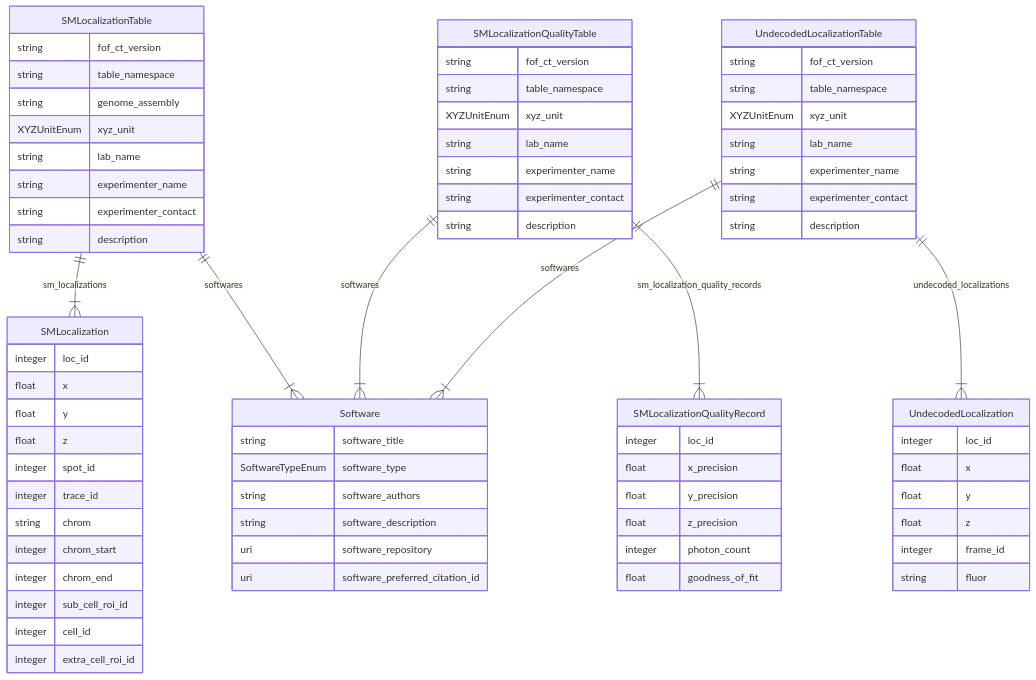
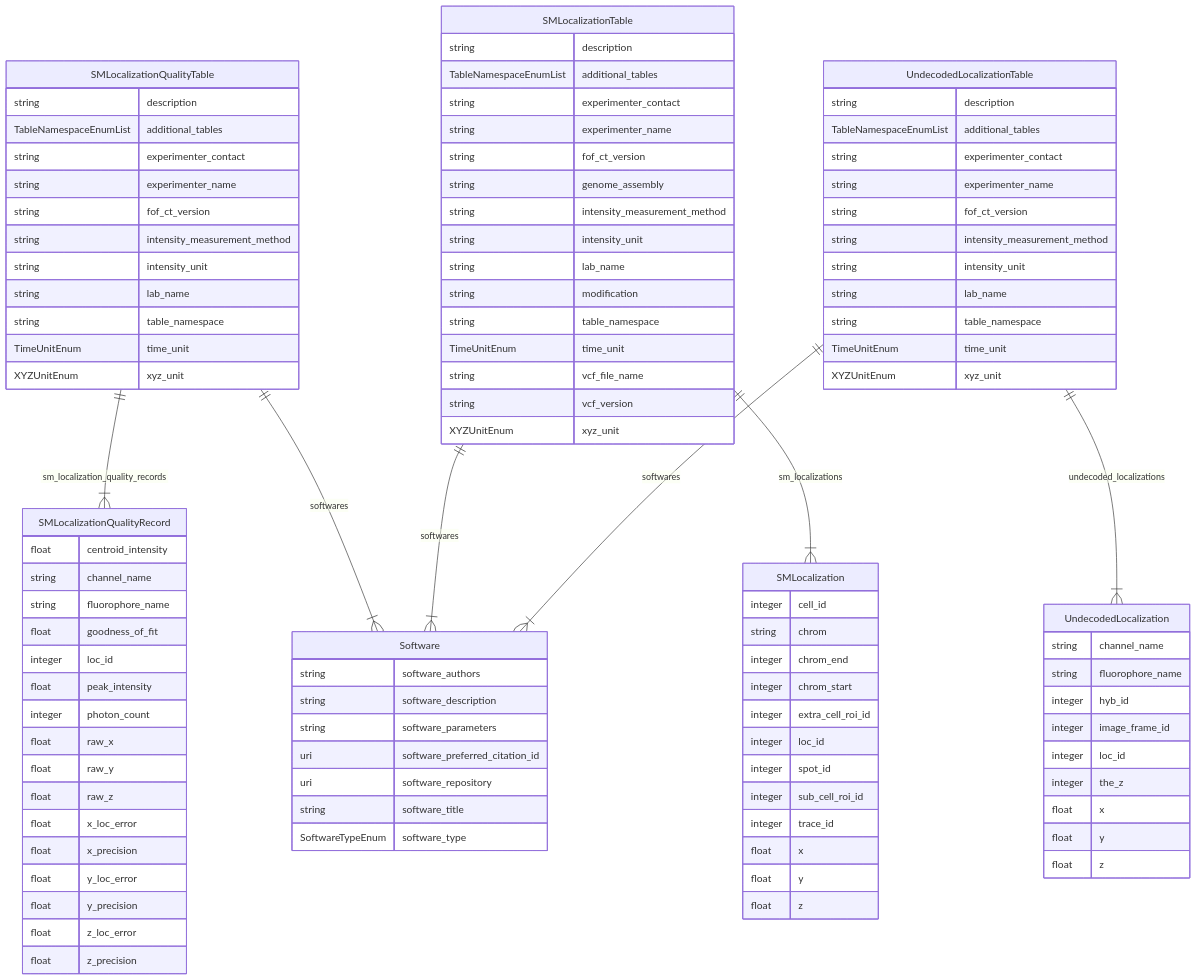
One commit to strambc/fof-ct-linkml changed the second of 2 diagrams in docs/erdiagram.md. Above: the diagram before and after it, drawn with Mermaid. The commit also changed other lines of this file and 187 other files, not shown here.

First line of the commit message:
Align LinkML schema with FOF-CT RTD (review_updates)

````diff
--- a/docs/erdiagram.md
+++ b/docs/erdiagram.md
@@ -152,76 +152,105 @@
 ```mermaid
 erDiagram
 SMLocalization {
+    integer cell_id
+    string chrom
+    integer chrom_end
+    integer chrom_start
+    integer extra_cell_roi_id
     integer loc_id
+    integer spot_id
+    integer sub_cell_roi_id
+    integer trace_id
     float x
     float y
     float z
-    integer spot_id
-    integer trace_id
-    string chrom
-    integer chrom_start
-    integer chrom_end
-    integer sub_cell_roi_id
-    integer cell_id
-    integer extra_cell_roi_id
+}
+SMLocalizationQualityRecord {
+    float centroid_intensity
+    string channel_name
+    string fluorophore_name
+    float goodness_of_fit
+    integer loc_id
+    float peak_intensity
+    integer photon_count
+    float raw_x
+    float raw_y
+    float raw_z
+    float x_loc_error
+    float x_precision
+    float y_loc_error
+    float y_precision
+    float z_loc_error
+    float z_precision
+}
+SMLocalizationQualityTable {
+    string description
+    TableNamespaceEnumList additional_tables
+    string experimenter_contact
+    string experimenter_name
+    string fof_ct_version
+    string intensity_measurement_method
+    string intensity_unit
+    string lab_name
+    string table_namespace
+    TimeUnitEnum time_unit
+    XYZUnitEnum xyz_unit
 }
 SMLocalizationTable {
+    string description
+    TableNamespaceEnumList additional_tables
+    string experimenter_contact
+    string experimenter_name
     string fof_ct_version
+    string genome_assembly
+    string intensity_measurement_method
+    string intensity_unit
+    string lab_name
+    string modification
     string table_namespace
-    string genome_assembly
+    TimeUnitEnum time_unit
+    string vcf_file_name
+    string vcf_version
     XYZUnitEnum xyz_unit
-    string lab_name
-    string experimenter_name
-    string experimenter_contact
-    string description
 }
-SMLocalizationQualityRecord {
-    integer loc_id
-    float x_precision
-    float y_precision
-    float z_precision
-    integer photon_count
-    float goodness_of_fit
-}
-SMLocalizationQualityTable {
-    string fof_ct_version
-    string table_namespace
-    XYZUnitEnum xyz_unit
-    string lab_name
-    string experimenter_name
-    string experimenter_contact
-    string description
+Software {
+    string software_authors
+    string software_description
+    string software_parameters
+    uri software_preferred_citation_id
+    uri software_repository
+    string software_title
+    SoftwareTypeEnum software_type
 }
 UndecodedLocalization {
+    string channel_name
+    string fluorophore_name
+    integer hyb_id
+    integer image_frame_id
     integer loc_id
+    integer the_z
     float x
     float y
     float z
-    integer frame_id
-    string fluor
 }
 UndecodedLocalizationTable {
+    string description
+    TableNamespaceEnumList additional_tables
+    string experimenter_contact
+    string experimenter_name
     string fof_ct_version
+    string intensity_measurement_method
+    string intensity_unit
+    string lab_name
     string table_namespace
+    TimeUnitEnum time_unit
     XYZUnitEnum xyz_unit
-    string lab_name
-    string experimenter_name
-    string experimenter_contact
-    string description
-}
-Software {
-    string software_title
-    SoftwareTypeEnum software_type
-    string software_authors
-    string software_description
-    uri software_repository
-    uri software_preferred_citation_id
 }
 
+SMLocalizationQualityTable ||--}| SMLocalizationQualityRecord : "sm_localization_quality_records"
+SMLocalizationQualityTable ||--}| Software : "softwares"
 SMLocalizationTable ||--}| SMLocalization : "sm_localizations"
 SMLocalizationTable ||--}| Software : "softwares"
-SMLocalizationQualityTable ||--}| SMLocalizationQualityRecord : "sm_localization_quality_records"
-SMLocalizationQualityTable ||--}| Software : "softwares"
+UndecodedLocalizationTable ||--}| Software : "softwares"
 UndecodedLocalizationTable ||--}| UndecodedLocalization : "undecoded_localizations"
-UndecodedLocalizationTable ||--}| Software : "softwares"
 ```
````
